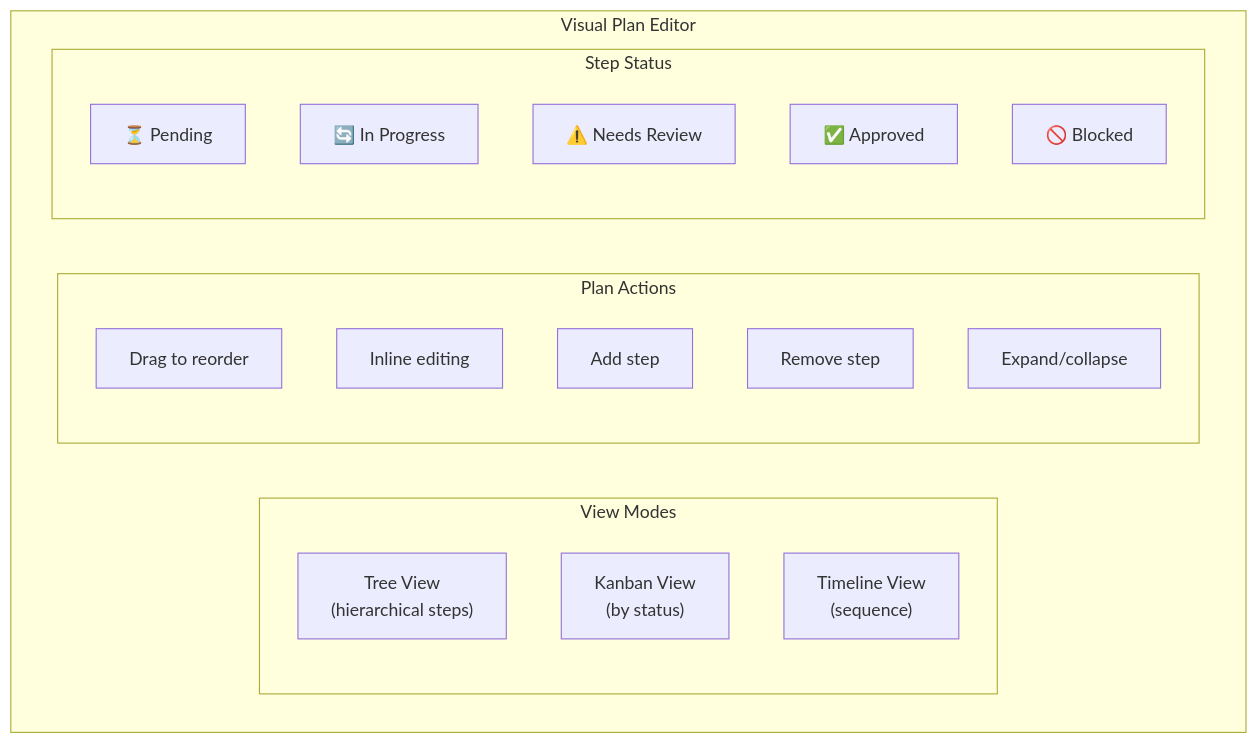
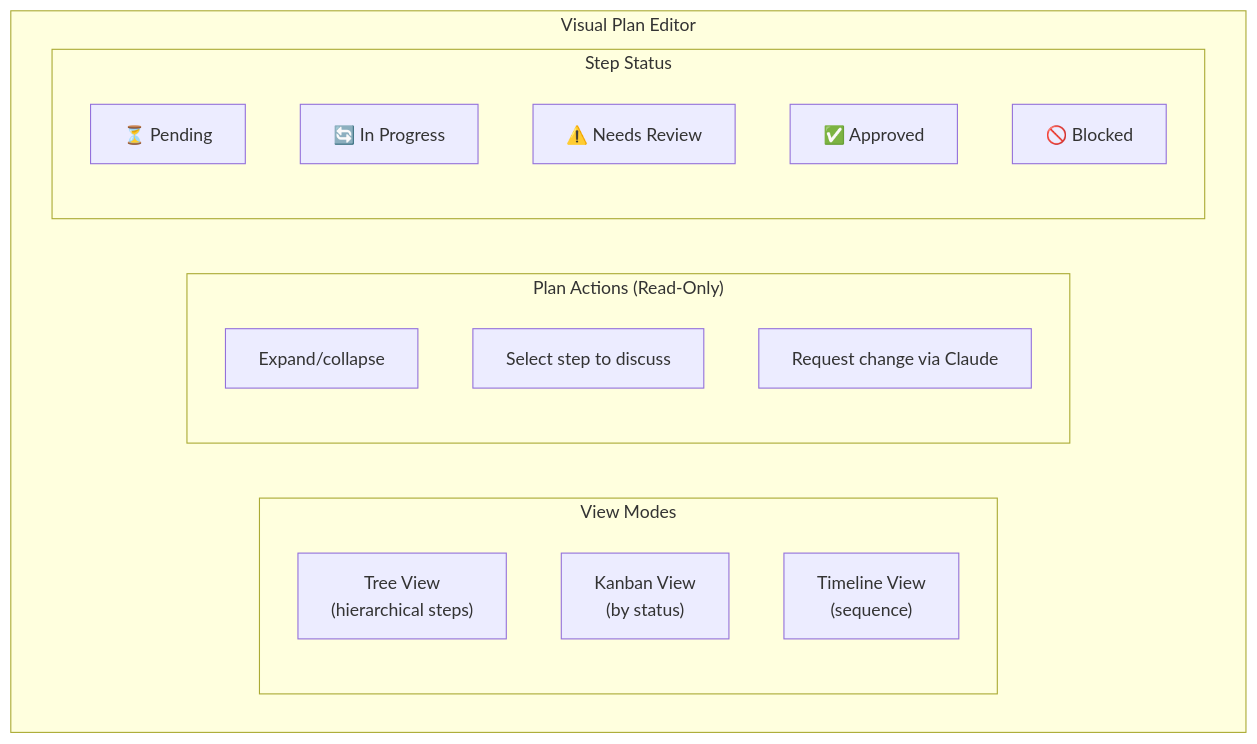
One commit to clrke/claude-web changed the third of 14 diagrams in README.md. Above: the diagram before and after it, drawn with Mermaid. The commit also changed other lines of this file, not shown here.

````diff
--- a/README.md
+++ b/README.md
@@ -178,26 +181,24 @@
 ```mermaid
 flowchart TB
     subgraph PlanEditor["Visual Plan Editor"]
         subgraph Views["View Modes"]
             Tree["Tree View<br/>(hierarchical steps)"]
             Kanban["Kanban View<br/>(by status)"]
             Timeline["Timeline View<br/>(sequence)"]
         end
 
-        subgraph Actions["Plan Actions"]
-            Drag["Drag to reorder"]
-            Edit["Inline editing"]
-            Add["Add step"]
-            Delete["Remove step"]
+        subgraph Actions["Plan Actions (Read-Only)"]
             Expand["Expand/collapse"]
+            Select["Select step to discuss"]
+            Comment["Request change via Claude"]
         end
 
         subgraph Status["Step Status"]
             Pending["⏳ Pending"]
             InProgress["🔄 In Progress"]
             NeedsReview["⚠️ Needs Review"]
             Approved["✅ Approved"]
             Blocked["🚫 Blocked"]
         end
     end
 ```
````
